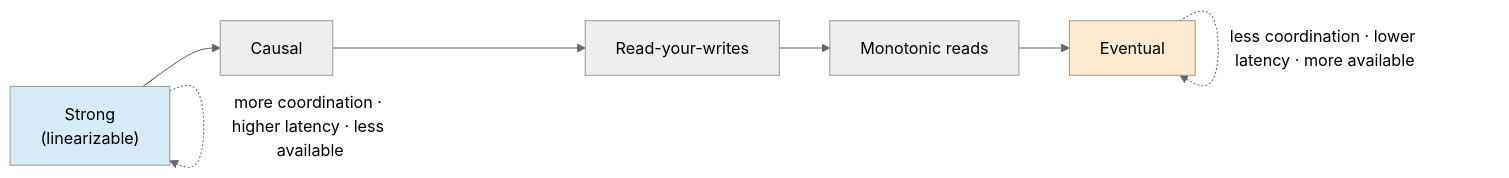
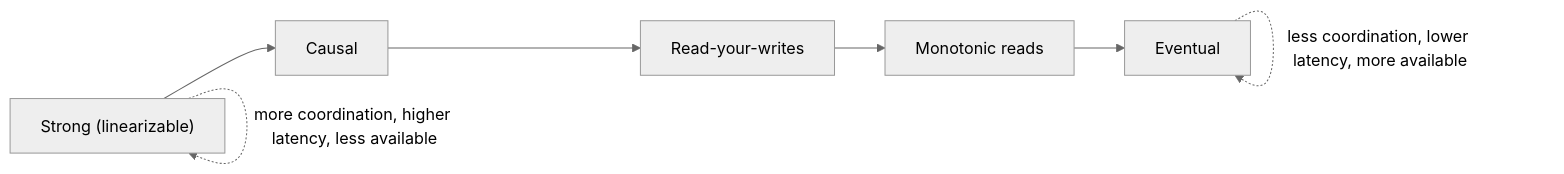
Before and after one commit to mohammad-mriesh-job/cortex: the fourth of 4 diagrams in src/modules/database/content/09-scaling/03-cap-and-consistency.md, drawn with Mermaid (neutral theme). The commit also changed other lines of this file and 257 other files, not shown here.

````diff
--- a/src/modules/database/content/09-scaling/03-cap-and-consistency.md
+++ b/src/modules/database/content/09-scaling/03-cap-and-consistency.md
@@ -106,8 +102,6 @@
 ```mermaid
 flowchart LR
-    S["Strong<br/>(linearizable)"] --> C["Causal"] --> RYW["Read-your-writes"] --> MR["Monotonic reads"] --> E["Eventual"]
-    S -. "more coordination · higher latency · less available" .-> S
-    E -. "less coordination · lower latency · more available" .-> E
-    style S fill:#d6eaf8,color:#000
-    style E fill:#fdebd0,color:#000
+    S["Strong (linearizable)"] --> C["Causal"] --> RYW["Read-your-writes"] --> MR["Monotonic reads"] --> E["Eventual"]
+    S -. "more coordination, higher latency, less available" .-> S
+    E -. "less coordination, lower latency, more available" .-> E
 ```
````
